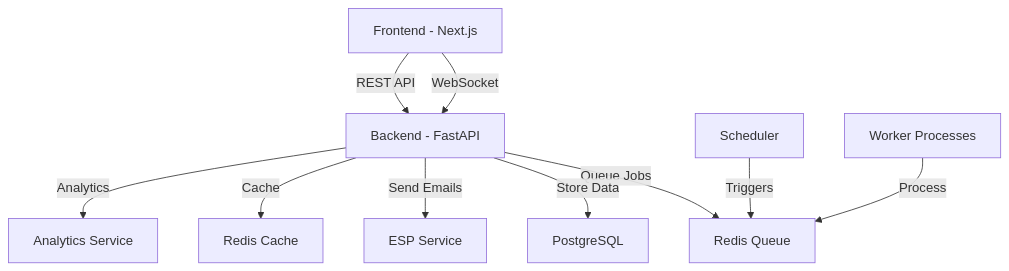
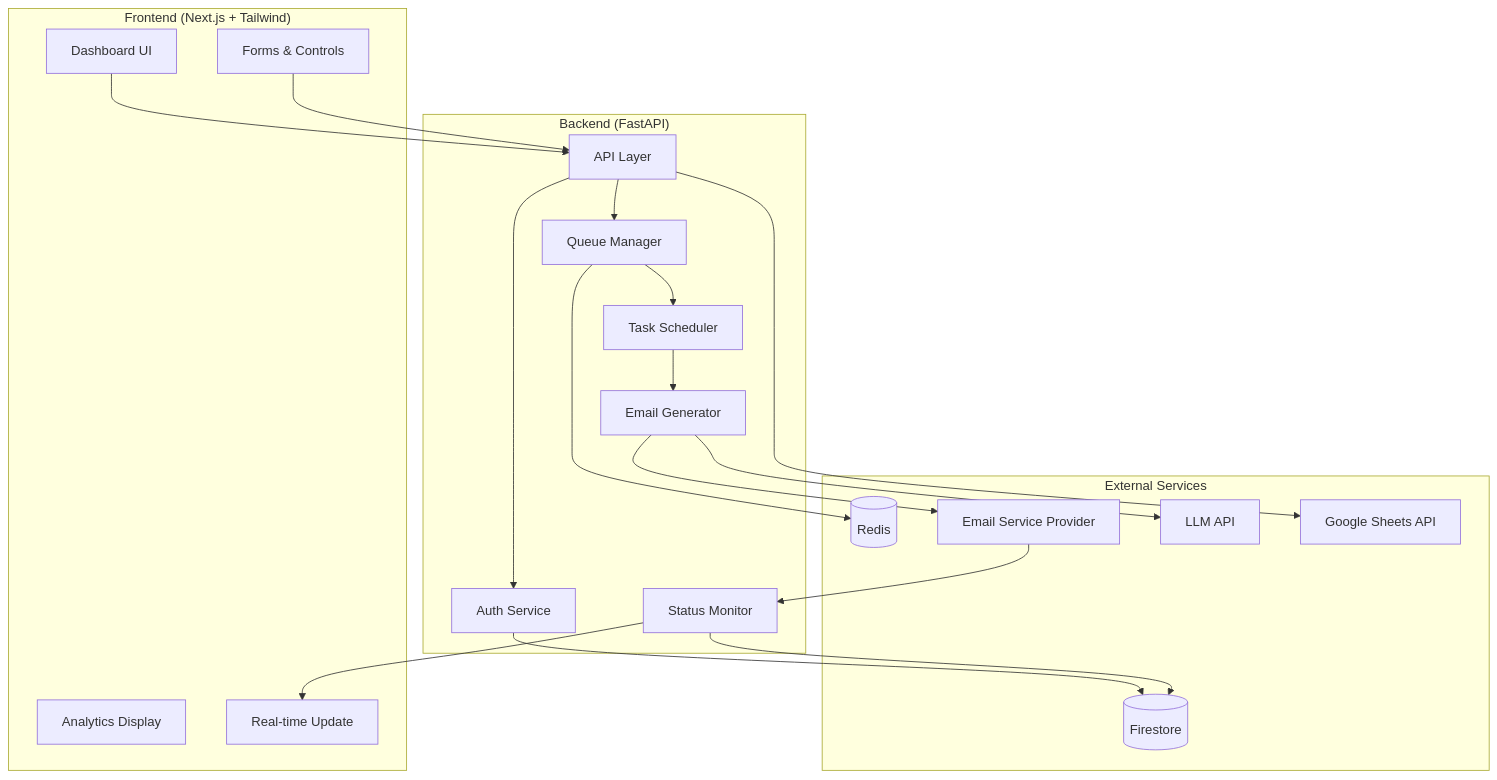
The diagram in README.md (meghana-0211/email-automation), drawn with Mermaid before and after one commit. The commit also changed other lines of this file, not shown here.

````diff
--- a/README.md
+++ b/README.md
@@ -51,12 +21,41 @@
 ```mermaid
-graph TD
-    A[Frontend - Next.js] -->|WebSocket| B[Backend - FastAPI]
-    A -->|REST API| B
-    B -->|Queue Jobs| C[Redis Queue]
-    B -->|Store Data| D[PostgreSQL]
-    B -->|Send Emails| E[ESP Service]
-    B -->|Cache| F[Redis Cache]
-    B -->|Analytics| G[Analytics Service]
-    H[Scheduler] -->|Triggers| C
-    I[Worker Processes] -->|Process| C
+flowchart TD
+    subgraph Frontend["Frontend (Next.js + Tailwind)"]
+        UI[Dashboard UI]
+        Forms[Forms & Controls]
+        Analytics[Analytics Display]
+        RT[Real-time Update]
+    end
+
+    subgraph Backend["Backend (FastAPI)"]
+        API[API Layer]
+        Auth[Auth Service]
+        Queue[Queue Manager]
+        Scheduler[Task Scheduler]
+        Generator[Email Generator]
+        Monitor[Status Monitor]
+    end
+
+    subgraph Services["External Services"]
+        DB[(Firestore)]
+        Redis[(Redis)]
+        ESP[Email Service Provider]
+        LLM[LLM API]
+        Sheets[Google Sheets API]
+    end
+
+    UI --> API
+    Forms --> API
+    API --> Auth
+    Auth --> DB
+    API --> Queue
+    Queue --> Redis
+    Queue --> Scheduler
+    Scheduler --> Generator
+    Generator --> LLM
+    Generator --> ESP
+    ESP --> Monitor
+    Monitor --> DB
+    Monitor --> RT
+    API --> Sheets
 ```
````
